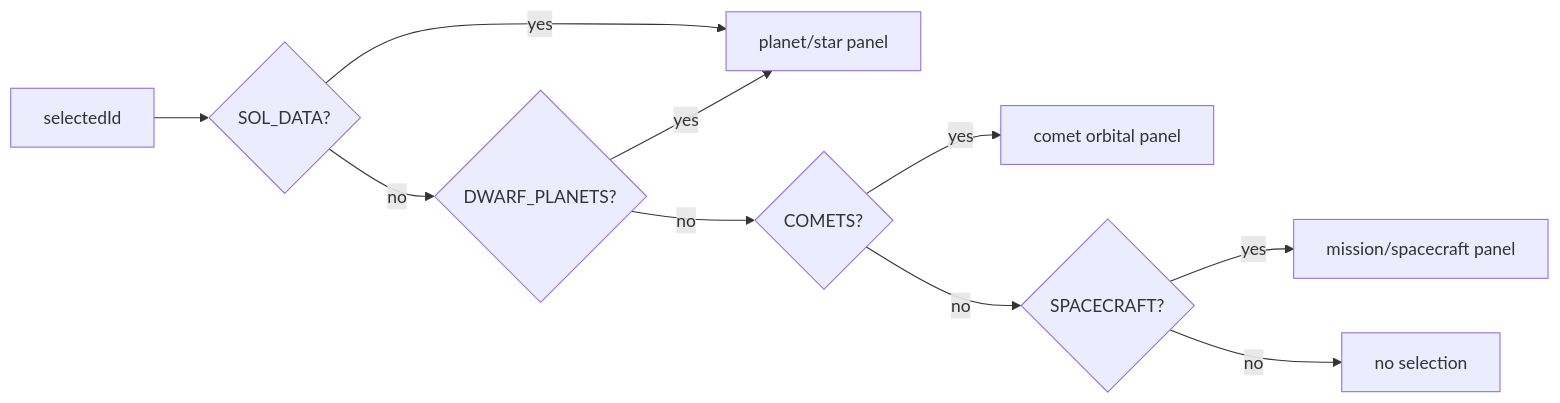
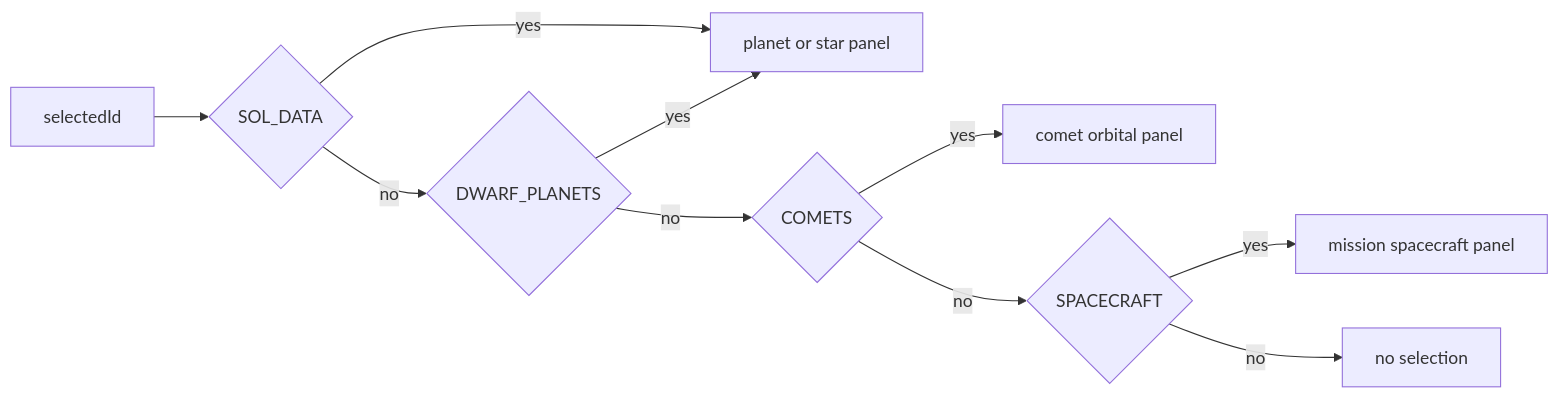
Before and after one commit to mustafaras/solar: the fourth of 5 diagrams in README.md, drawn with Mermaid. The commit also changed other lines of this file and 22 other files, not shown here.

````diff
--- a/README.md
+++ b/README.md
@@ -263,12 +362,12 @@
 ```mermaid
-flowchart LR
-    A["selectedId"] --> B{"SOL_DATA?"}
-    B -->|yes| P["planet/star panel"]
-    B -->|no| C{"DWARF_PLANETS?"}
-    C -->|yes| P
-    C -->|no| D{"COMETS?"}
-    D -->|yes| E["comet orbital panel"]
-    D -->|no| F{"SPACECRAFT?"}
-    F -->|yes| G["mission/spacecraft panel"]
-    F -->|no| H["no selection"]
+graph LR
+  A[selectedId] --> B{SOL_DATA}
+  B -->|yes| P[planet or star panel]
+  B -->|no| C{DWARF_PLANETS}
+  C -->|yes| P
+  C -->|no| D{COMETS}
+  D -->|yes| E[comet orbital panel]
+  D -->|no| F{SPACECRAFT}
+  F -->|yes| G[mission spacecraft panel]
+  F -->|no| H[no selection]
 ```
````
